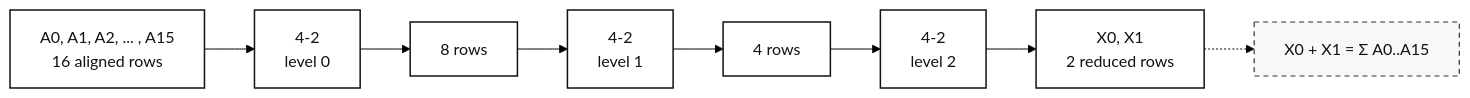
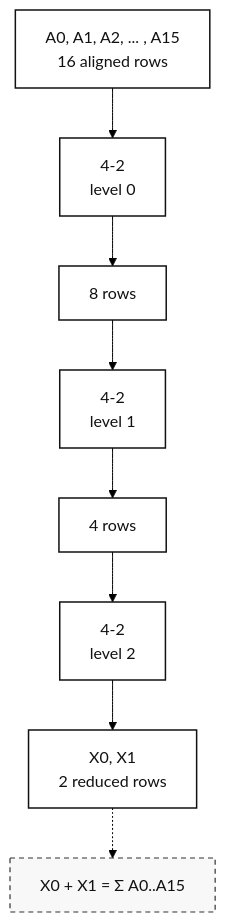
Before and after one commit to WhiteDeerPro/FPU_PROJECT: the sixth of 6 diagrams in docs/fpu_compressor_notes.md, drawn with Mermaid (forest theme). The commit also changed other lines of this file, not shown here.

Commit message:
Orient 4-2 tree diagrams vertically

````diff
--- a/docs/fpu_compressor_notes.md
+++ b/docs/fpu_compressor_notes.md
@@ -224,17 +224,17 @@
 ```mermaid
-flowchart LR
+flowchart TD
   classDef data fill:#fff,stroke:#111,stroke-width:1.5px,color:#111;
   classDef ctrl fill:#f8f8f8,stroke:#333,stroke-width:1.2px,stroke-dasharray:5 4,color:#111;
 
   A["A0, A1, A2, ... , A15<br/>16 aligned rows"]:::data
   L0["4-2<br/>level 0"]:::data
   B["8 rows"]:::data
   L1["4-2<br/>level 1"]:::data
   C["4 rows"]:::data
   L2["4-2<br/>level 2"]:::data
   X["X0, X1<br/>2 reduced rows"]:::data
   EQ["X0 + X1 = Σ A0..A15"]:::ctrl
 
   A --> L0 --> B --> L1 --> C --> L2 --> X
   X -.-> EQ
 ```
````
